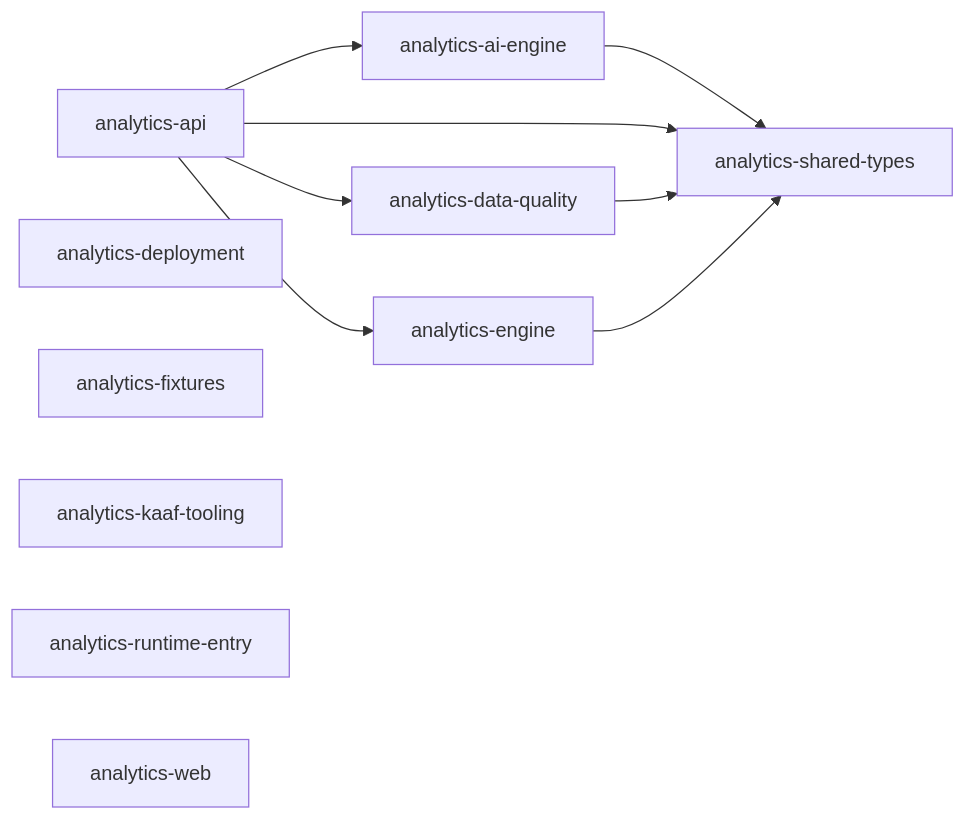
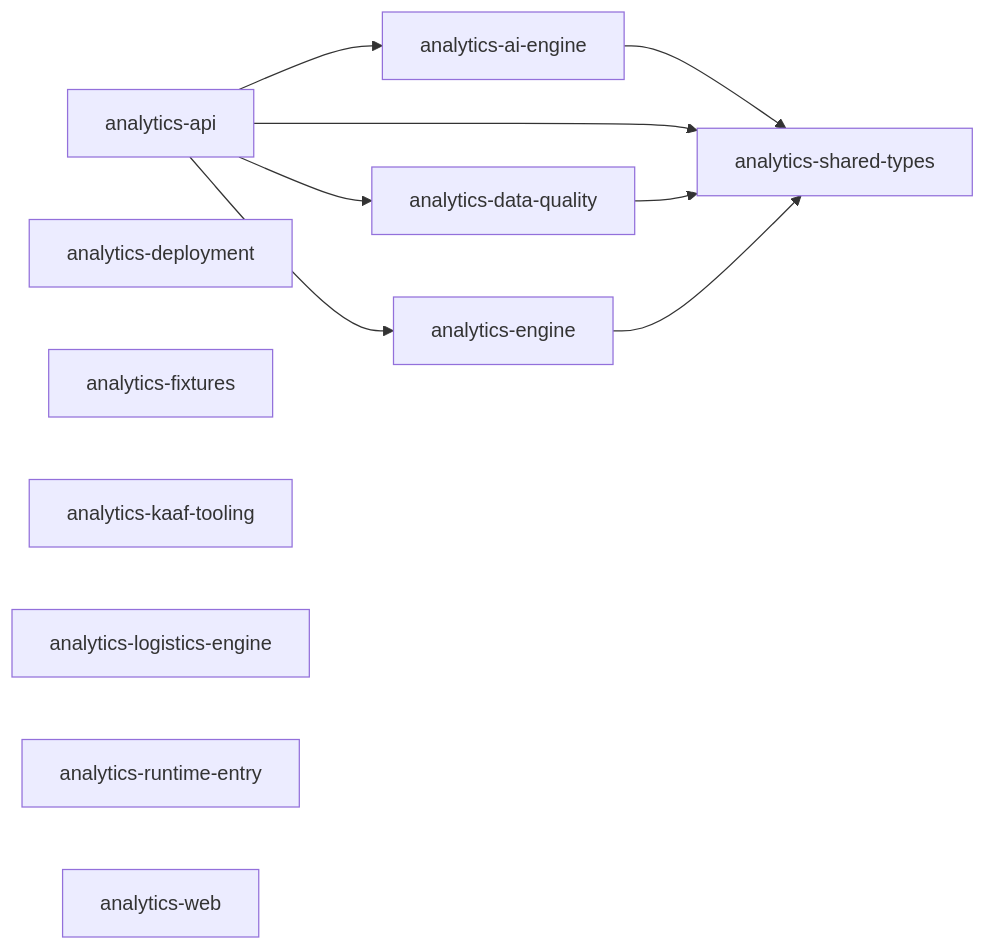
The diagram in .ai/summary.md (Islamce/kynox-inventory-analytics), drawn with Mermaid before and after one commit. The commit also changed other lines of this file and 18 other files, not shown here.

Commit message:
chore(kaaf): register logistics engine module

````diff
--- a/.ai/summary.md
+++ b/.ai/summary.md
@@ -36,20 +37,21 @@
 ```mermaid
 graph LR
   analytics_ai_engine["analytics-ai-engine"]
   analytics_api["analytics-api"]
   analytics_data_quality["analytics-data-quality"]
   analytics_deployment["analytics-deployment"]
   analytics_engine["analytics-engine"]
   analytics_fixtures["analytics-fixtures"]
   analytics_kaaf_tooling["analytics-kaaf-tooling"]
+  analytics_logistics_engine["analytics-logistics-engine"]
   analytics_runtime_entry["analytics-runtime-entry"]
   analytics_shared_types["analytics-shared-types"]
   analytics_web["analytics-web"]
   analytics_ai_engine --> analytics_shared_types
   analytics_api --> analytics_ai_engine
   analytics_api --> analytics_data_quality
   analytics_api --> analytics_engine
   analytics_api --> analytics_shared_types
   analytics_data_quality --> analytics_shared_types
   analytics_engine --> analytics_shared_types
 ```
````
